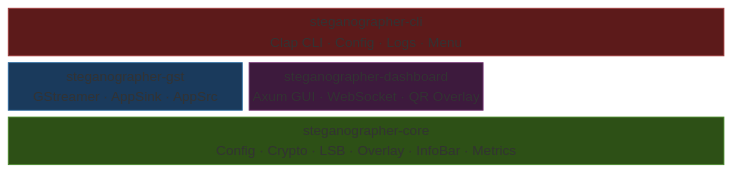
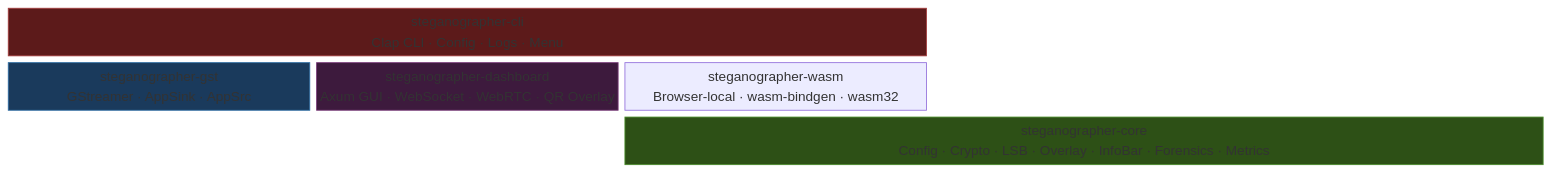
Before and after one commit to docxology/steganographer: the diagram in docs/README.md, drawn with Mermaid. The commit also changed other lines of this file and 54 other files, not shown here.

````diff
--- a/docs/README.md
+++ b/docs/README.md
@@ -67,13 +67,15 @@
 ```mermaid
 block-beta
     columns 3
     CLI["steganographer-cli\nClap CLI · Config · Logs · Menu"]:3
     GST["steganographer-gst\nGStreamer · AppSink · AppSrc"]:1
-    DASH["steganographer-dashboard\nAxum GUI · WebSocket · QR Overlay"]:1
+    DASH["steganographer-dashboard\nAxum GUI · WebSocket · WebRTC · QR Overlay"]:1
+    WASM["steganographer-wasm\nBrowser-local · wasm-bindgen · wasm32"]:1
     space:1
-    CORE["steganographer-core\nConfig · Crypto · LSB · Overlay · InfoBar · Metrics"]:3
+    space:1
+    CORE["steganographer-core\nConfig · Crypto · LSB · Overlay · InfoBar · Forensics · Metrics"]:3
     style CLI fill:#5c1a1a,stroke:#a33c3c,color:#fff
     style GST fill:#1a3a5c,stroke:#2d6da3,color:#fff
     style DASH fill:#3d1a3d,stroke:#7a3c7a,color:#fff
     style CORE fill:#2d5016,stroke:#4a8c2a,color:#fff
 ```
````
